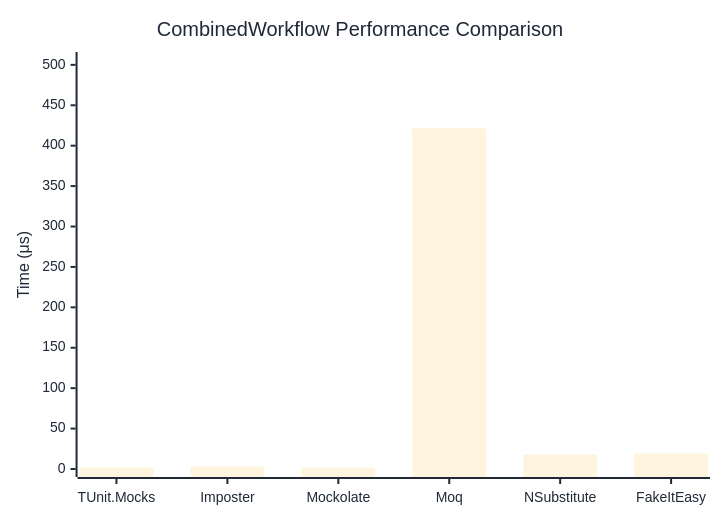
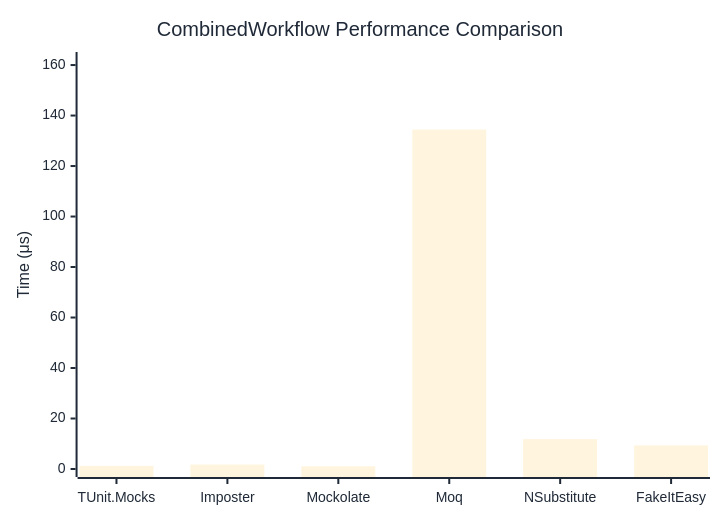
Before and after one commit to thomhurst/TUnit: the diagram in docs/docs/benchmarks/mocks/CombinedWorkflow.md, drawn with Mermaid. The commit also changed other lines of this file and 14 other files, not shown here.

````diff
--- a/docs/docs/benchmarks/mocks/CombinedWorkflow.md
+++ b/docs/docs/benchmarks/mocks/CombinedWorkflow.md
@@ -30,27 +30,27 @@
 ```mermaid
 %%{init: {
   'theme':'base',
   'themeVariables': {
     'primaryColor': '#2563eb',
     'primaryTextColor': '#1f2937',
     'primaryBorderColor': '#1e40af',
     'lineColor': '#6b7280',
     'secondaryColor': '#7c3aed',
     'tertiaryColor': '#dc2626',
     'background': '#ffffff',
     'pie1': '#2563eb',
     'pie2': '#7c3aed',
     'pie3': '#dc2626',
     'pie4': '#f59e0b',
     'pie5': '#10b981',
     'pie6': '#06b6d4',
     'pie7': '#ec4899',
     'pie8': '#6366f1'
   }
 }}%%
 xychart-beta
   title "CombinedWorkflow Performance Comparison"
   x-axis ["TUnit.Mocks", "Imposter", "Mockolate", "Moq", "NSubstitute", "FakeItEasy"]
-  y-axis "Time (μs)" 0 --> 506
-  bar [1.997, 2.948, 1.778, 421.56, 17.861, 19.175]
+  y-axis "Time (μs)" 0 --> 162
+  bar [1.239, 1.763, 1.072, 134.432, 11.828, 9.341]
 ```
````
